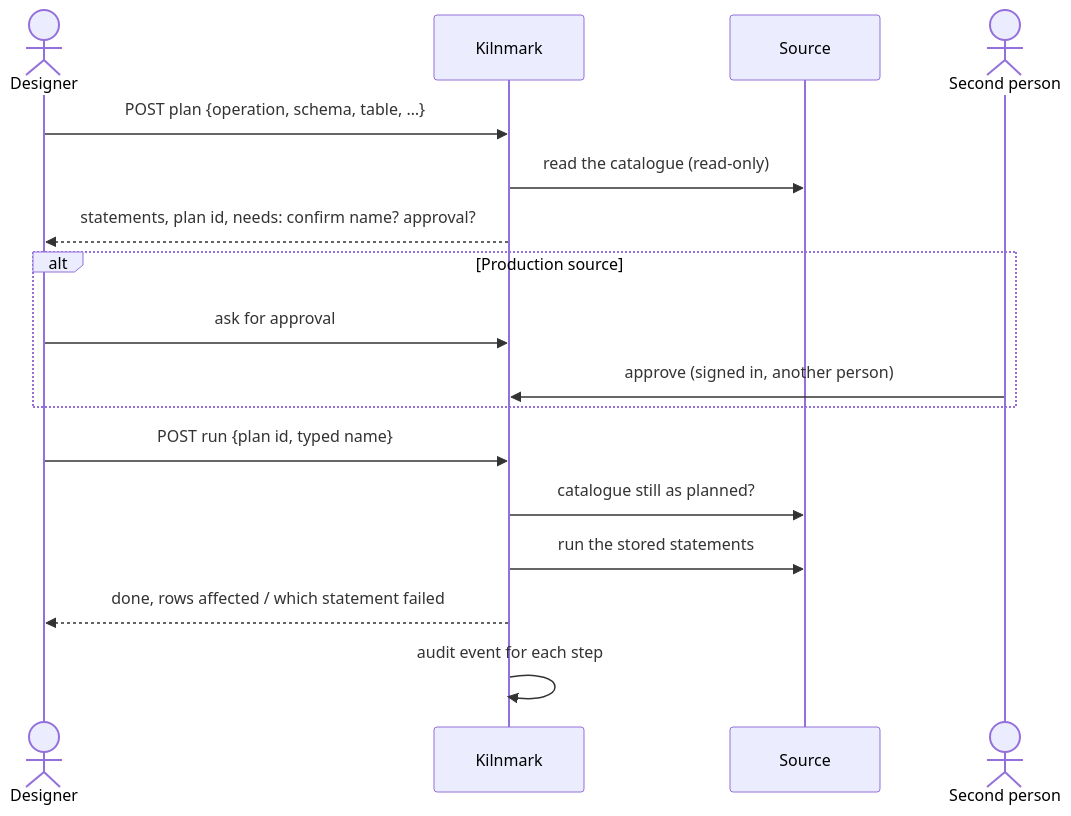
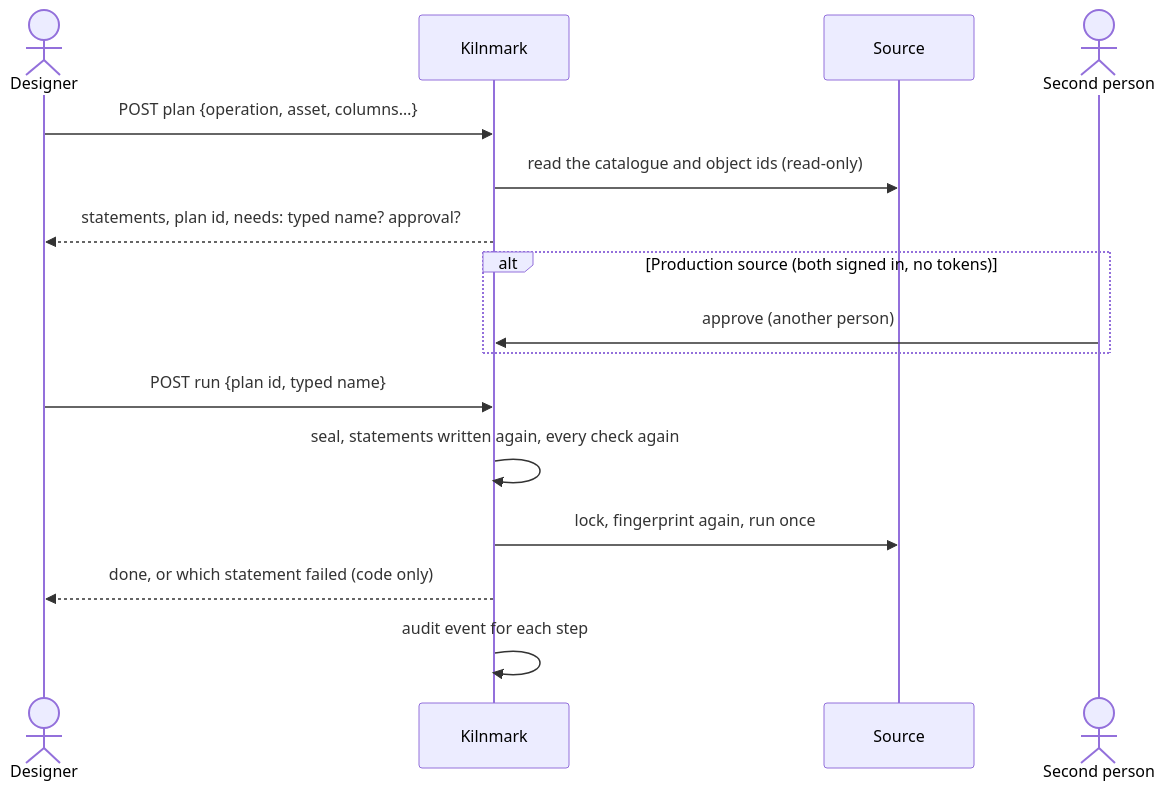
Before and after one commit to jporeilly/KilnMark: the second of 2 diagrams in docs/design/database-tools.md, drawn with Mermaid. The commit also changed other lines of this file and 1 other file, not shown here.

````diff
--- a/docs/design/database-tools.md
+++ b/docs/design/database-tools.md
@@ -141,19 +147,18 @@
 ```mermaid
 sequenceDiagram
   actor D as Designer
   participant K as Kilnmark
   participant DB as Source
   actor A as Second person
-  D->>K: POST plan {operation, schema, table, …}
-  K->>DB: read the catalogue (read-only)
-  K-->>D: statements, plan id, needs: confirm name? approval?
-  alt Production source
-    D->>K: ask for approval
-    A->>K: approve (signed in, another person)
+  D->>K: POST plan {operation, asset, columns…}
+  K->>DB: read the catalogue and object ids (read-only)
+  K-->>D: statements, plan id, needs: typed name? approval?
+  alt Production source (both signed in, no tokens)
+    A->>K: approve (another person)
   end
   D->>K: POST run {plan id, typed name}
-  K->>DB: catalogue still as planned?
-  K->>DB: run the stored statements
-  K-->>D: done, rows affected / which statement failed
+  K->>K: seal, statements written again, every check again
+  K->>DB: lock, fingerprint again, run once
+  K-->>D: done, or which statement failed (code only)
   K->>K: audit event for each step
 ```
````
